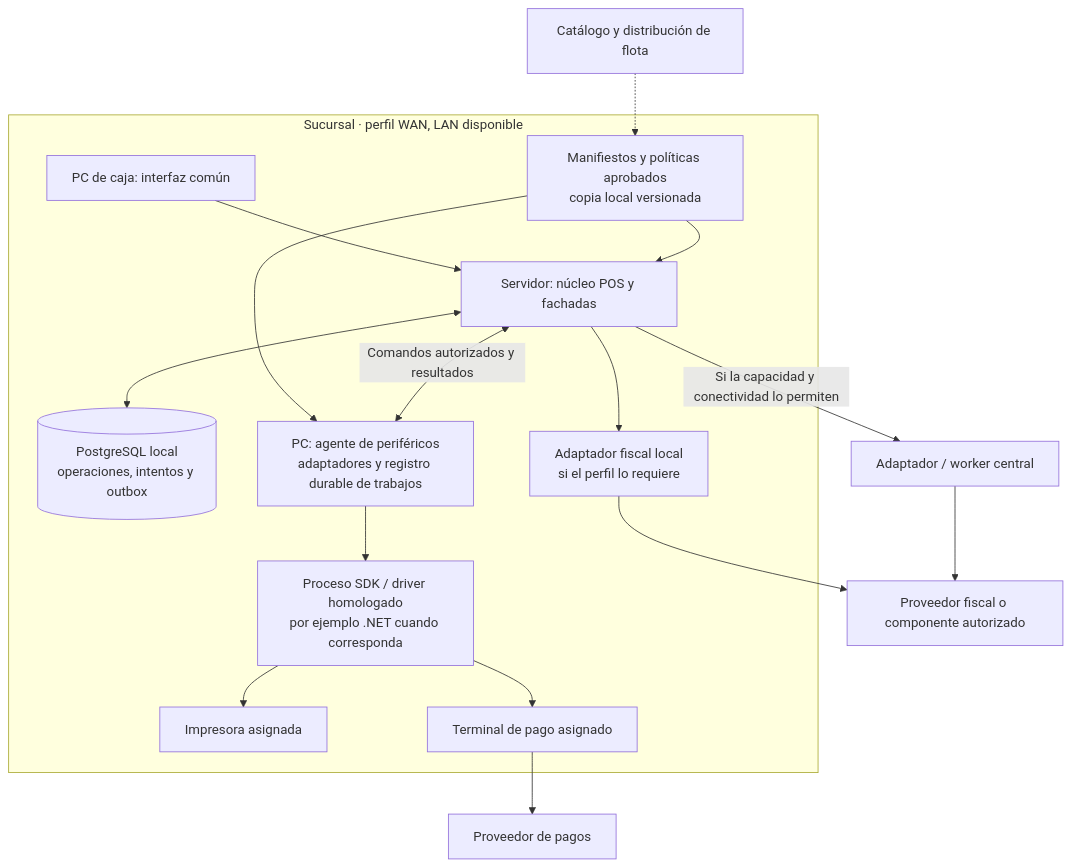
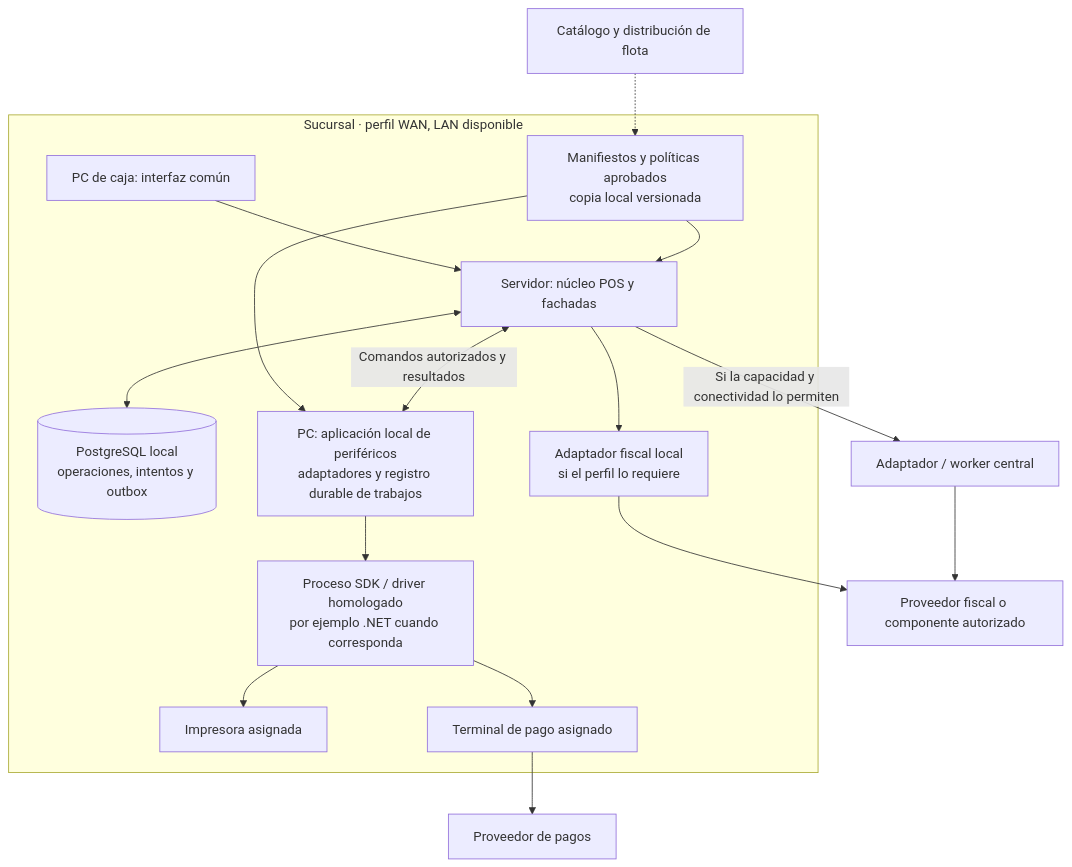
One commit to floxcristian/pos-architecture changed the diagram in docs/extensibilidad-proveedores-dispositivos.md. Above: the diagram before and after it, drawn with Mermaid. The commit also changed other lines of this file and 19 other files, not shown here.

Commit message:
Usar aplicación local para impresión y periféricos

````diff
--- a/docs/extensibilidad-proveedores-dispositivos.md
+++ b/docs/extensibilidad-proveedores-dispositivos.md
@@ -38,28 +38,28 @@
 ```mermaid
 flowchart TB
     subgraph Sucursal["Sucursal · perfil WAN, LAN disponible"]
         UI["PC de caja: interfaz común"]
         POS["Servidor: núcleo POS y fachadas"]
         DB[("PostgreSQL local<br/>operaciones, intentos y outbox")]
         Config["Manifiestos y políticas aprobados<br/>copia local versionada"]
-        Agent["PC: agente de periféricos<br/>adaptadores y registro durable de trabajos"]
+        Agent["PC: aplicación local de periféricos<br/>adaptadores y registro durable de trabajos"]
         SDK["Proceso SDK / driver homologado<br/>por ejemplo .NET cuando corresponda"]
         Printer["Impresora asignada"]
         Terminal["Terminal de pago asignado"]
         FiscalLocal["Adaptador fiscal local<br/>si el perfil lo requiere"]
         UI --> POS
         POS <--> DB
         Config --> POS
         Config --> Agent
         POS <-->|"Comandos autorizados y resultados"| Agent
         Agent --> SDK
         SDK --> Printer
         SDK --> Terminal
         POS --> FiscalLocal
     end
     POS -->|"Si la capacidad y conectividad lo permiten"| Central["Adaptador / worker central"]
     FiscalLocal --> Fiscal["Proveedor fiscal o componente autorizado"]
     Central --> Fiscal
     Terminal --> Acquirer["Proveedor de pagos"]
     Fleet["Catálogo y distribución de flota"] -.-> Config
 ```
````
